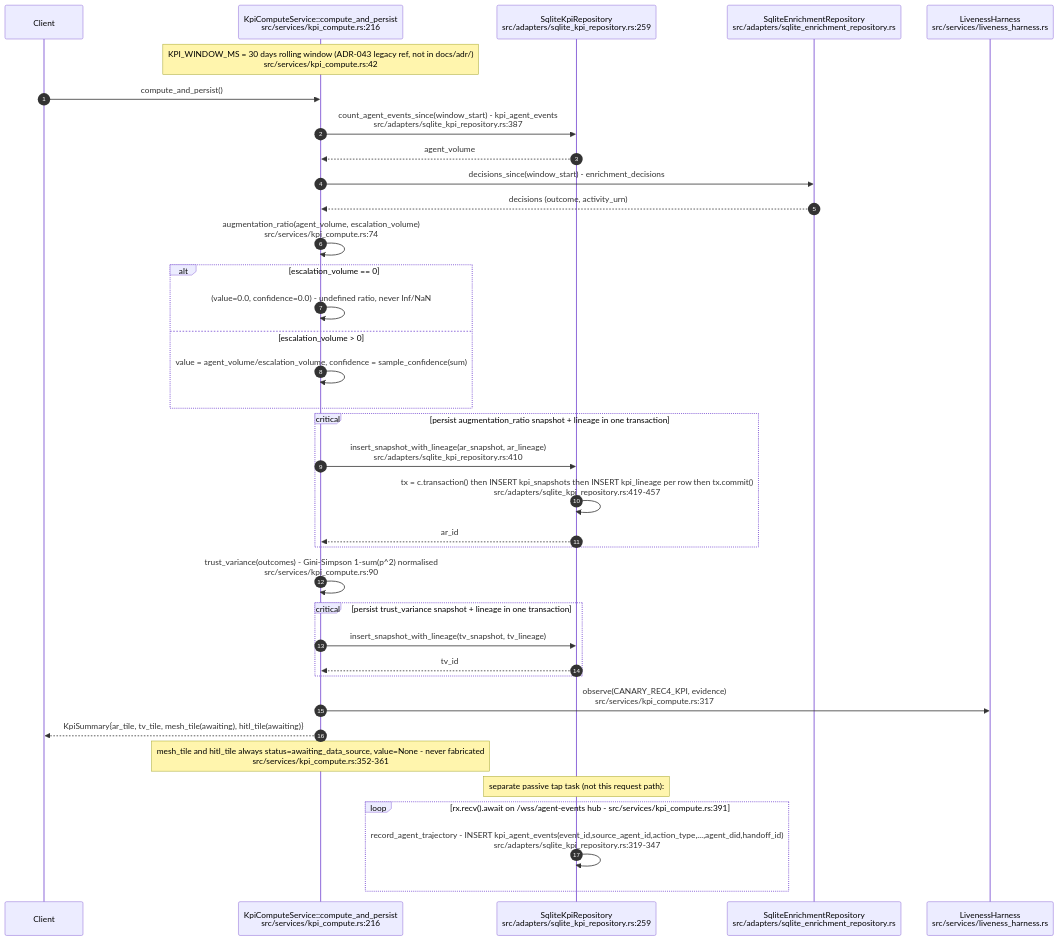
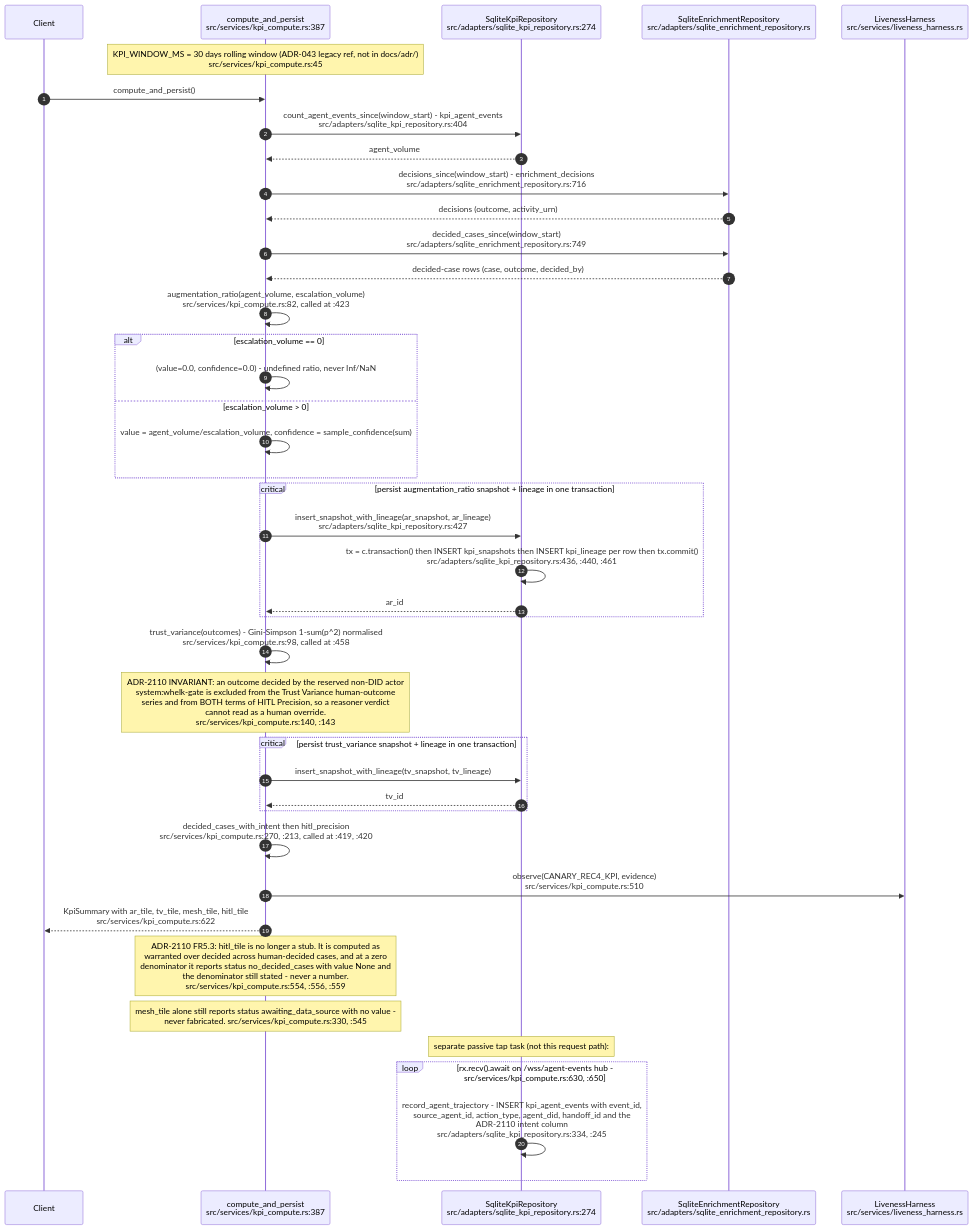
The third of 13 diagrams in docs/diagrams/visionclaw/25-insight-kpi-nlq-semantics.md (DreamLab-AI/VisionFlow), drawn with Mermaid before and after one commit. The commit also changed other lines of this file and 32 other files, not shown here.

````diff
--- a/docs/diagrams/visionclaw/25-insight-kpi-nlq-semantics.md
+++ b/docs/diagrams/visionclaw/25-insight-kpi-nlq-semantics.md
@@ -118,40 +118,45 @@
 ```mermaid
 sequenceDiagram
     autonumber
     participant C as Client
-    participant K as KpiComputeService::compute_and_persist<br/>src/services/kpi_compute.rs:216
-    participant KR as SqliteKpiRepository<br/>src/adapters/sqlite_kpi_repository.rs:259
+    participant K as compute_and_persist<br/>src/services/kpi_compute.rs:387
+    participant KR as SqliteKpiRepository<br/>src/adapters/sqlite_kpi_repository.rs:274
     participant ER as SqliteEnrichmentRepository<br/>src/adapters/sqlite_enrichment_repository.rs
     participant LH as LivenessHarness<br/>src/services/liveness_harness.rs
 
-    Note over K: KPI_WINDOW_MS = 30 days rolling window (ADR-043 legacy ref, not in docs/adr/)<br/>src/services/kpi_compute.rs:42
+    Note over K: KPI_WINDOW_MS = 30 days rolling window (ADR-043 legacy ref, not in docs/adr/)<br/>src/services/kpi_compute.rs:45
     C->>K: compute_and_persist()
-    K->>KR: count_agent_events_since(window_start) - kpi_agent_events<br/>src/adapters/sqlite_kpi_repository.rs:387
+    K->>KR: count_agent_events_since(window_start) - kpi_agent_events<br/>src/adapters/sqlite_kpi_repository.rs:404
     KR-->>K: agent_volume
-    K->>ER: decisions_since(window_start) - enrichment_decisions
+    K->>ER: decisions_since(window_start) - enrichment_decisions<br/>src/adapters/sqlite_enrichment_repository.rs:716
     ER-->>K: decisions (outcome, activity_urn)
-    K->>K: augmentation_ratio(agent_volume, escalation_volume)<br/>src/services/kpi_compute.rs:74
+    K->>ER: decided_cases_since(window_start)<br/>src/adapters/sqlite_enrichment_repository.rs:749
+    ER-->>K: decided-case rows (case, outcome, decided_by)
+    K->>K: augmentation_ratio(agent_volume, escalation_volume)<br/>src/services/kpi_compute.rs:82, called at :423
     alt escalation_volume == 0
         K->>K: (value=0.0, confidence=0.0) - undefined ratio, never Inf/NaN
     else escalation_volume > 0
         K->>K: value = agent_volume/escalation_volume, confidence = sample_confidence(sum)
     end
     critical persist augmentation_ratio snapshot + lineage in one transaction
-        K->>KR: insert_snapshot_with_lineage(ar_snapshot, ar_lineage)<br/>src/adapters/sqlite_kpi_repository.rs:410
-        KR->>KR: tx = c.transaction() then INSERT kpi_snapshots then INSERT kpi_lineage per row then tx.commit()<br/>src/adapters/sqlite_kpi_repository.rs:419-457
+        K->>KR: insert_snapshot_with_lineage(ar_snapshot, ar_lineage)<br/>src/adapters/sqlite_kpi_repository.rs:427
+        KR->>KR: tx = c.transaction() then INSERT kpi_snapshots then INSERT kpi_lineage per row then tx.commit()<br/>src/adapters/sqlite_kpi_repository.rs:436, :440, :461
         KR-->>K: ar_id
     end
-    K->>K: trust_variance(outcomes) - Gini-Simpson 1-sum(p^2) normalised<br/>src/services/kpi_compute.rs:90
+    K->>K: trust_variance(outcomes) - Gini-Simpson 1-sum(p^2) normalised<br/>src/services/kpi_compute.rs:98, called at :458
+    Note over K: ADR-2110 INVARIANT: an outcome decided by the reserved non-DID actor<br/>system:whelk-gate is excluded from the Trust Variance human-outcome<br/>series and from BOTH terms of HITL Precision, so a reasoner verdict<br/>cannot read as a human override.<br/>src/services/kpi_compute.rs:140, :143
     critical persist trust_variance snapshot + lineage in one transaction
         K->>KR: insert_snapshot_with_lineage(tv_snapshot, tv_lineage)
         KR-->>K: tv_id
     end
-    K->>LH: observe(CANARY_REC4_KPI, evidence)<br/>src/services/kpi_compute.rs:317
-    K-->>C: KpiSummary{ar_tile, tv_tile, mesh_tile(awaiting), hitl_tile(awaiting)}
-    Note over K: mesh_tile and hitl_tile always status=awaiting_data_source, value=None - never fabricated<br/>src/services/kpi_compute.rs:352-361
+    K->>K: decided_cases_with_intent then hitl_precision<br/>src/services/kpi_compute.rs:270, :213, called at :419, :420
+    K->>LH: observe(CANARY_REC4_KPI, evidence)<br/>src/services/kpi_compute.rs:510
+    K-->>C: KpiSummary with ar_tile, tv_tile, mesh_tile, hitl_tile<br/>src/services/kpi_compute.rs:622
+    Note over K: ADR-2110 FR5.3: hitl_tile is no longer a stub. It is computed as<br/>warranted over decided across human-decided cases, and at a zero<br/>denominator it reports status no_decided_cases with value None and<br/>the denominator still stated - never a number.<br/>src/services/kpi_compute.rs:554, :556, :559
+    Note over K: mesh_tile alone still reports status awaiting_data_source with no value -<br/>never fabricated. src/services/kpi_compute.rs:330, :545
 
     Note over KR: separate passive tap task (not this request path):
-    loop rx.recv().await on /wss/agent-events hub - src/services/kpi_compute.rs:391
-        KR->>KR: record_agent_trajectory - INSERT kpi_agent_events(event_id,source_agent_id,action_type,...,agent_did,handoff_id)<br/>src/adapters/sqlite_kpi_repository.rs:319-347
+    loop rx.recv().await on /wss/agent-events hub - src/services/kpi_compute.rs:630, :650
+        KR->>KR: record_agent_trajectory - INSERT kpi_agent_events with event_id,<br/>source_agent_id, action_type, agent_did, handoff_id and the<br/>ADR-2110 intent column<br/>src/adapters/sqlite_kpi_repository.rs:334, :245
     end
 ```
````
